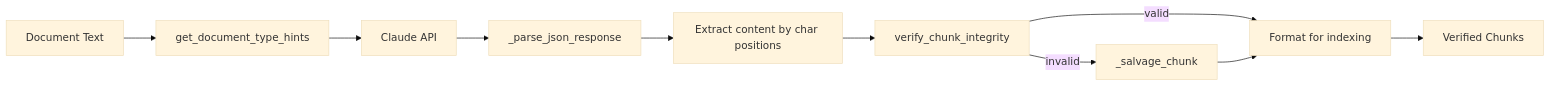
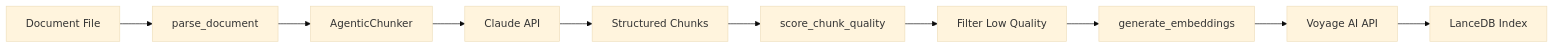
The second of 11 diagrams in ARCHITECTURE_REVIEW.md (HumanFirstAi/roadmap-synth), drawn with Mermaid (base theme) before and after one commit. The commit also changed other lines of this file and 11 other files, not shown here.

First line of the commit message:
Add expanded test suite and update architecture documentation

````diff
--- a/ARCHITECTURE_REVIEW.md
+++ b/ARCHITECTURE_REVIEW.md
@@ -224,12 +188,12 @@
 ```mermaid
 flowchart LR
-    Input[Document Text] --> Hints[get_document_type_hints]
-    Hints --> Claude[Claude API]
-    Claude --> Parse[_parse_json_response]
-    Parse --> Extract[Extract content by char positions]
-    Extract --> Verify[verify_chunk_integrity]
-    Verify -->|valid| Format[Format for indexing]
-    Verify -->|invalid| Salvage[_salvage_chunk]
-    Salvage --> Format
-    Format --> Output[Verified Chunks]
+    DOC[Document File] --> PARSE[parse_document]
+    PARSE --> AGENTIC[AgenticChunker]
+    AGENTIC --> CLAUDE[Claude API]
+    CLAUDE --> CHUNKS[Structured Chunks]
+    CHUNKS --> SCORE[score_chunk_quality]
+    SCORE --> FILTER[Filter Low Quality]
+    FILTER --> EMBED[generate_embeddings]
+    EMBED --> VOYAGE[Voyage AI API]
+    VOYAGE --> LANCE[LanceDB Index]
 ```
````
